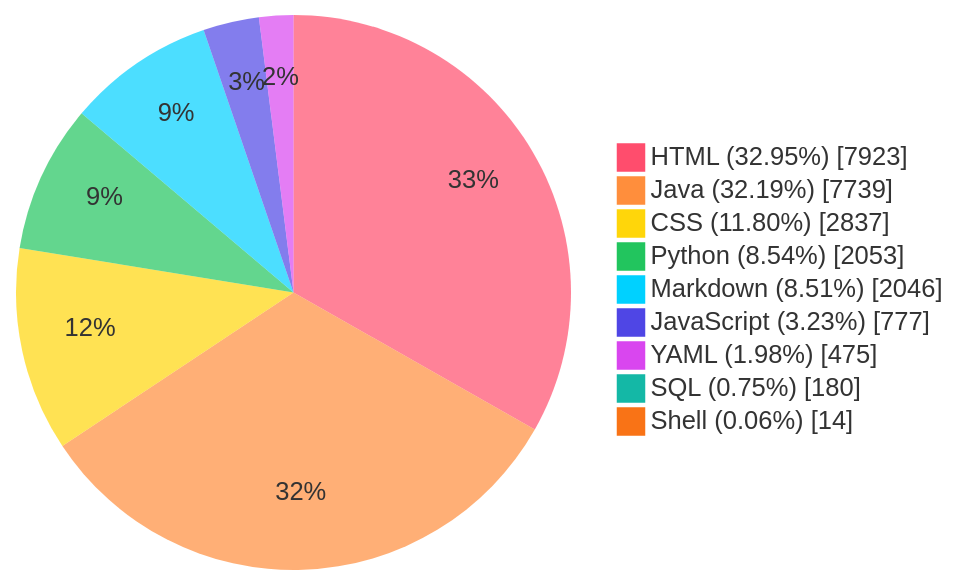
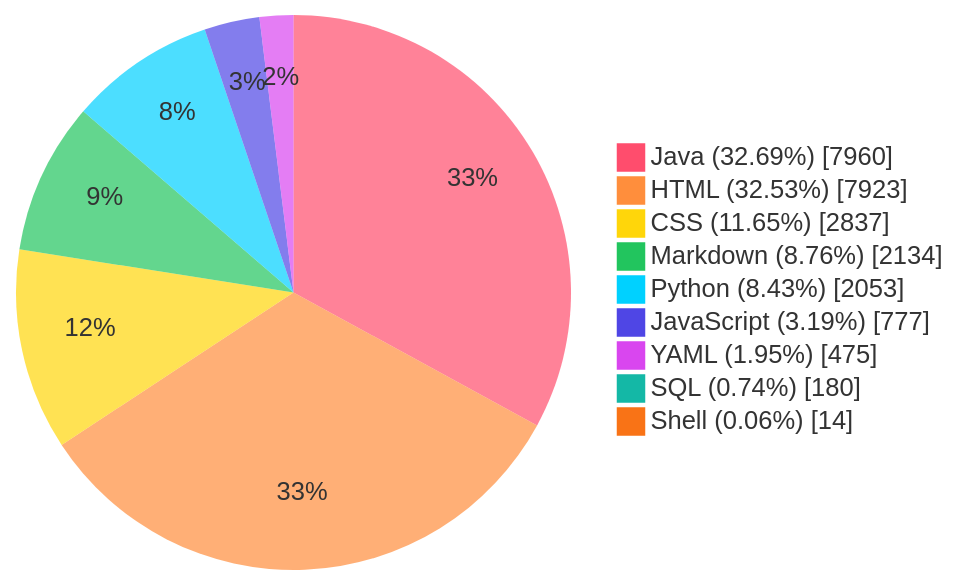
Before and after one commit to TheBadRoger/BUCT-Teaching-Aids: the diagram in README.md, drawn with Mermaid. The commit also changed other lines of this file and 2 other files, not shown here.

Commit message:
chore(stats): auto update README metrics

````diff
--- a/README.md
+++ b/README.md
@@ -40,28 +40,28 @@
 ```mermaid
 %%{init: {'theme':'base','themeVariables': {
   'fontFamily': 'Fira Code, JetBrains Mono, Source Code Pro, Cascadia Code, Menlo, Consolas, monospace',
   'pieStrokeColor': 'transparent',
   'pieStrokeWidth': '0px',
   'pieOuterStrokeWidth': '0px',
   'pie1': '#FF4D6D',
   'pie2': '#FF8E3C',
   'pie3': '#FFD60A',
   'pie4': '#22C55E',
   'pie5': '#00D1FF',
   'pie6': '#4F46E5',
   'pie7': '#D946EF',
   'pie8': '#14B8A6',
   'pie9': '#F97316',
   'pie10': '#A855F7'
 }}}%%
 pie showData
-    "HTML (32.95%)" : 7923
-    "Java (32.19%)" : 7739
-    "CSS (11.80%)" : 2837
-    "Python (8.54%)" : 2053
-    "Markdown (8.51%)" : 2046
-    "JavaScript (3.23%)" : 777
-    "YAML (1.98%)" : 475
-    "SQL (0.75%)" : 180
+    "Java (32.69%)" : 7960
+    "HTML (32.53%)" : 7923
+    "CSS (11.65%)" : 2837
+    "Markdown (8.76%)" : 2134
+    "Python (8.43%)" : 2053
+    "JavaScript (3.19%)" : 777
+    "YAML (1.95%)" : 475
+    "SQL (0.74%)" : 180
     "Shell (0.06%)" : 14
 ```
````
